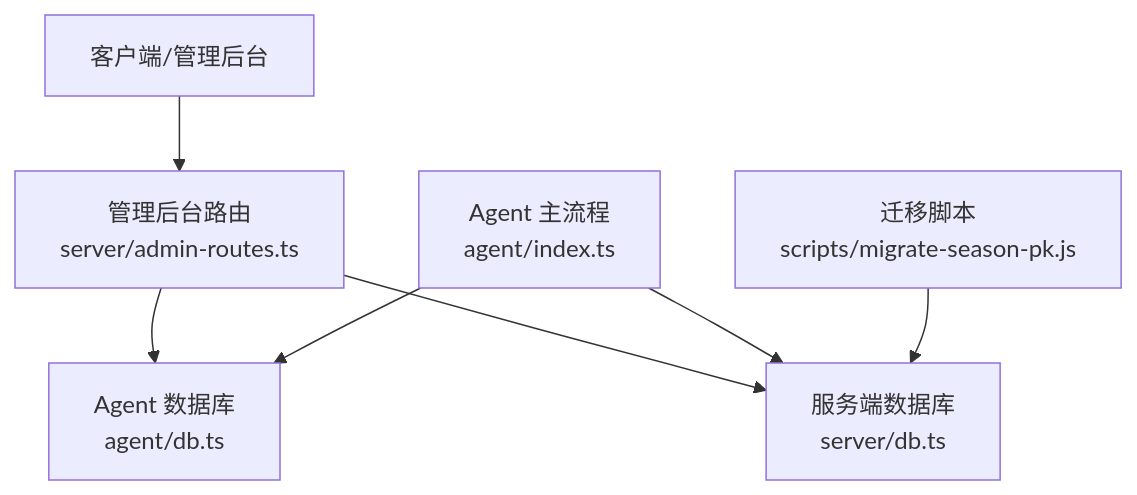
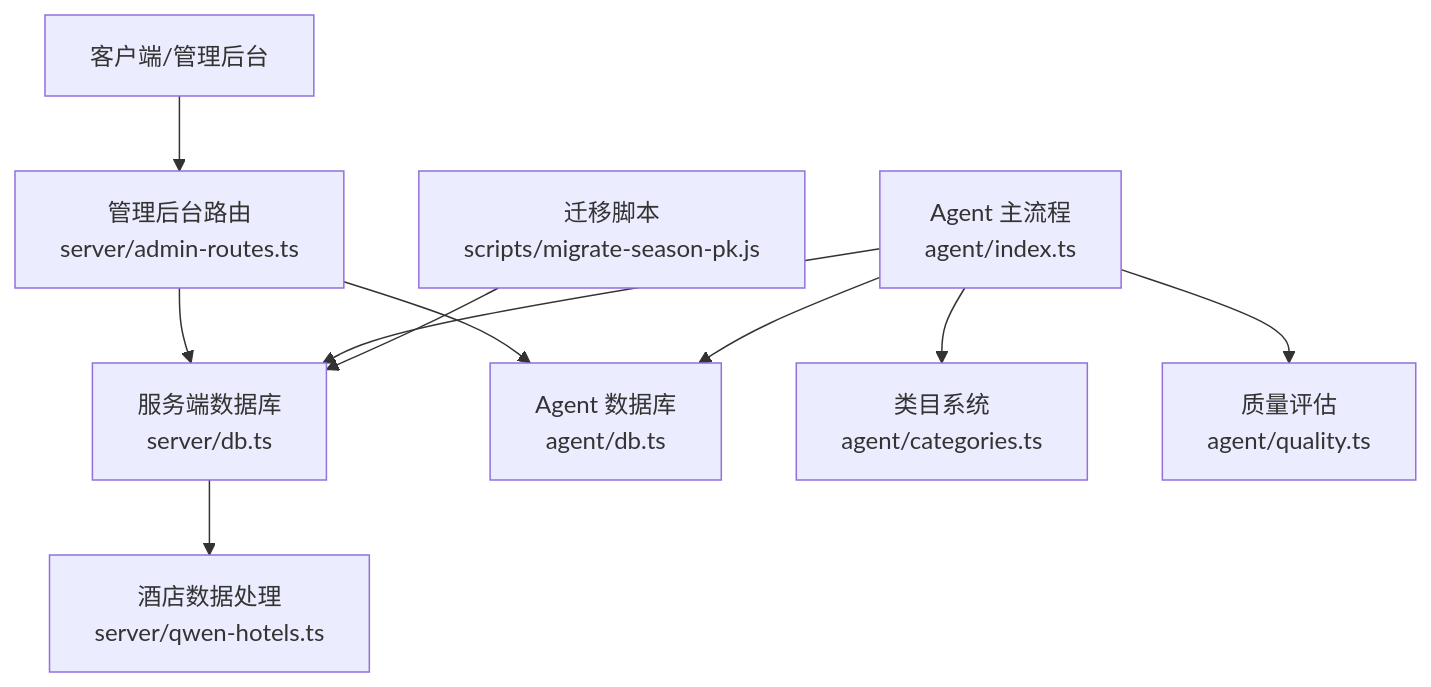
The second of 12 diagrams in .qoder/repowiki/zh/content/后端API架构/数据库层设计/数据库层设计.md (ititjjy/AITrip-plan), drawn with Mermaid before and after one commit. The commit also changed other lines of this file and 144 other files, not shown here.

````diff
--- a/.qoder/repowiki/zh/content/后端API架构/数据库层设计/数据库层设计.md
+++ b/.qoder/repowiki/zh/content/后端API架构/数据库层设计/数据库层设计.md
@@ -100,9 +131,12 @@
 ```mermaid
 graph TB
 Client["客户端/管理后台"] --> AdminRoutes["管理后台路由<br/>server/admin-routes.ts"]
 AdminRoutes --> S_DB["服务端数据库<br/>server/db.ts"]
 AdminRoutes --> A_DB["Agent 数据库<br/>agent/db.ts"]
 AgentProc["Agent 主流程<br/>agent/index.ts"] --> A_DB
+AgentProc --> A_Categories["类目系统<br/>agent/categories.ts"]
+AgentProc --> A_Quality["质量评估<br/>agent/quality.ts"]
 AgentProc --> S_DB
+S_DB --> S_Qwen["酒店数据处理<br/>server/qwen-hotels.ts"]
 Scripts["迁移脚本<br/>scripts/migrate-season-pk.js"] --> S_DB
 ```
````
